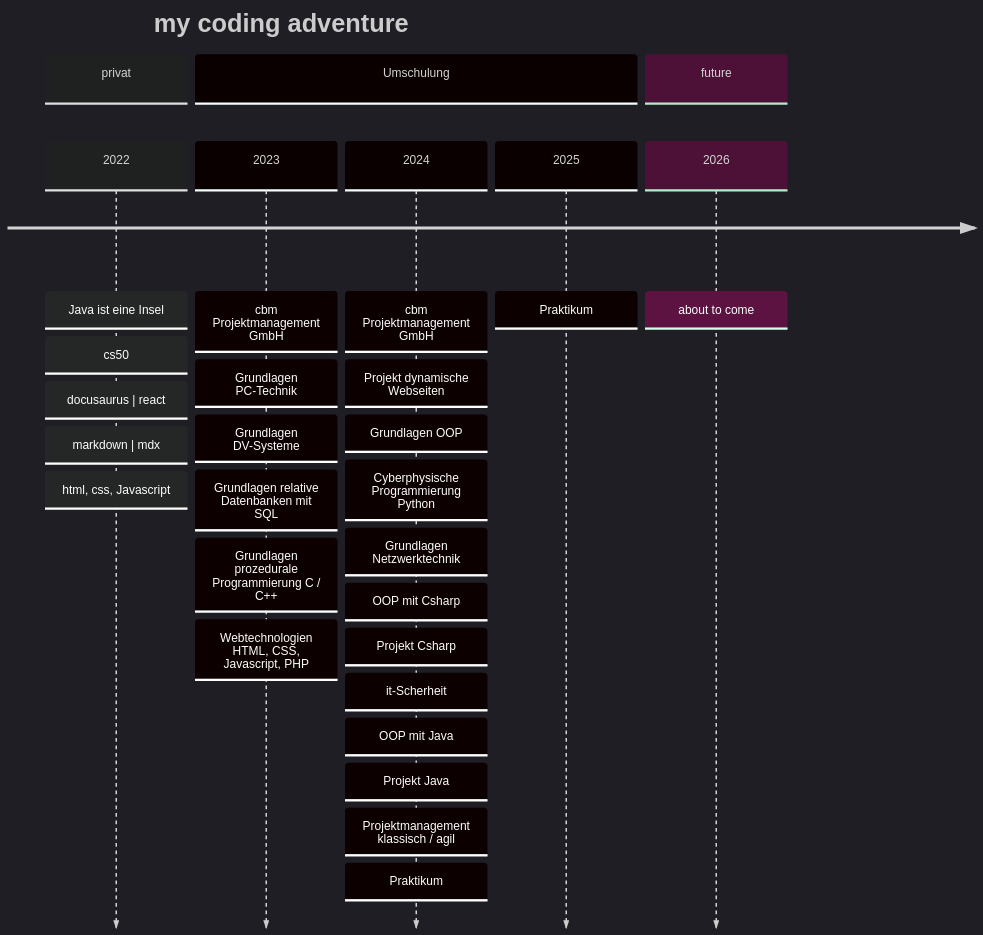
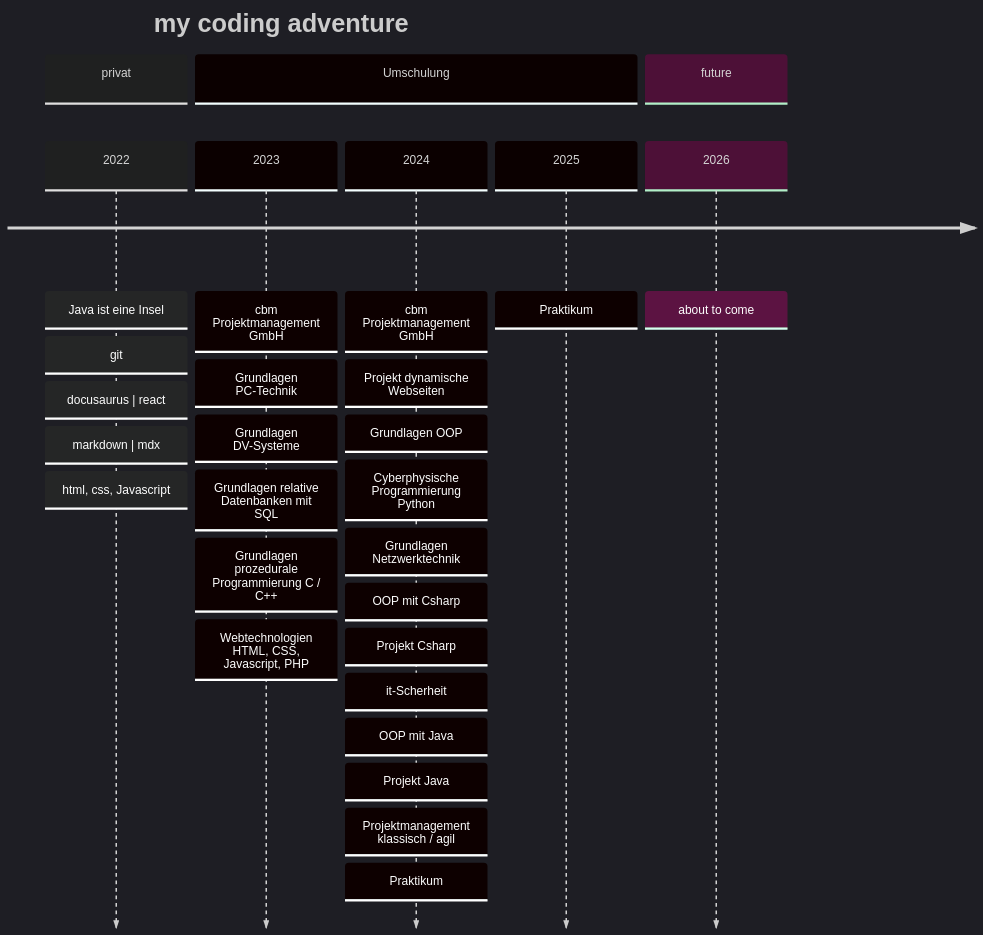
The second of 2 diagrams in readme.md (P76ers/p76ers), drawn with Mermaid before and after one commit.

````diff
--- a/readme.md
+++ b/readme.md
@@ -35,33 +35,33 @@
 ```mermaid
 %%{init: { 'logLevel': 'debug', 'theme': 'dark' } }%%
 timeline
     title my coding adventure
     section privat
     2022: Java ist eine Insel
-      : cs50
+      : git
       : docusaurus | react
       : markdown | mdx
       : html, css, Javascript
     section Umschulung 
       2023: cbm Projektmanagement GmbH
           : Grundlagen PC-Technik
           : Grundlagen DV-Systeme
           : Grundlagen relative Datenbanken mit SQL
           : Grundlagen prozedurale Programmierung C / C++
           : Webtechnologien HTML, CSS, Javascript, PHP
       2024: cbm Projektmanagement GmbH
           : Projekt dynamische Webseiten
           : Grundlagen OOP
           : Cyberphysische Programmierung Python
           : Grundlagen Netzwerktechnik
           : OOP mit Csharp
           : Projekt Csharp
           : it-Scherheit
           : OOP mit Java
           : Projekt Java
           : Projektmanagement klassisch / agil
           : Praktikum
       2025: Praktikum
     section future
       2026: about to come
 ```
````
